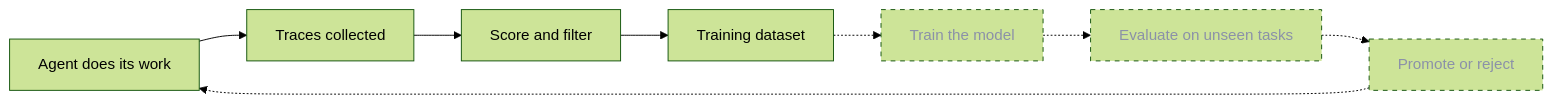
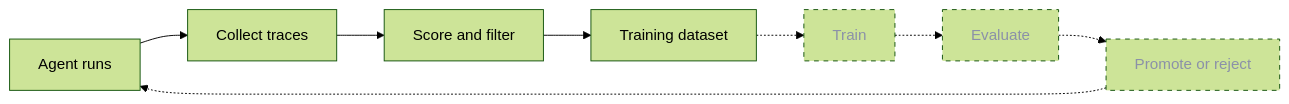
One commit to mishraxharshit/applied-machine changed the first of 2 diagrams in apps/web/src/pages/docs/architecture.md. Above: the diagram before and after it, drawn with Mermaid (forest theme). The commit also changed other lines of this file and 6 other files, not shown here.

```diff
--- a/apps/web/src/pages/docs/architecture.md
+++ b/apps/web/src/pages/docs/architecture.md
@@ -26,12 +14,12 @@
 <pre class="mermaid">
 flowchart LR
-  A["Agent does its work"] --> B["Traces collected"]
+  A["Agent runs"] --> B["Collect traces"]
   B --> C["Score and filter"]
   C --> D["Training dataset"]
-  D -.-> E["Train the model"]
-  E -.-> F["Evaluate on unseen tasks"]
+  D -.-> E["Train"]
+  E -.-> F["Evaluate"]
   F -.-> G["Promote or reject"]
   G -.-> A
   classDef planned stroke-dasharray: 5 5,color:#8b91a8;
   class E,F,G planned
 </pre>
```
